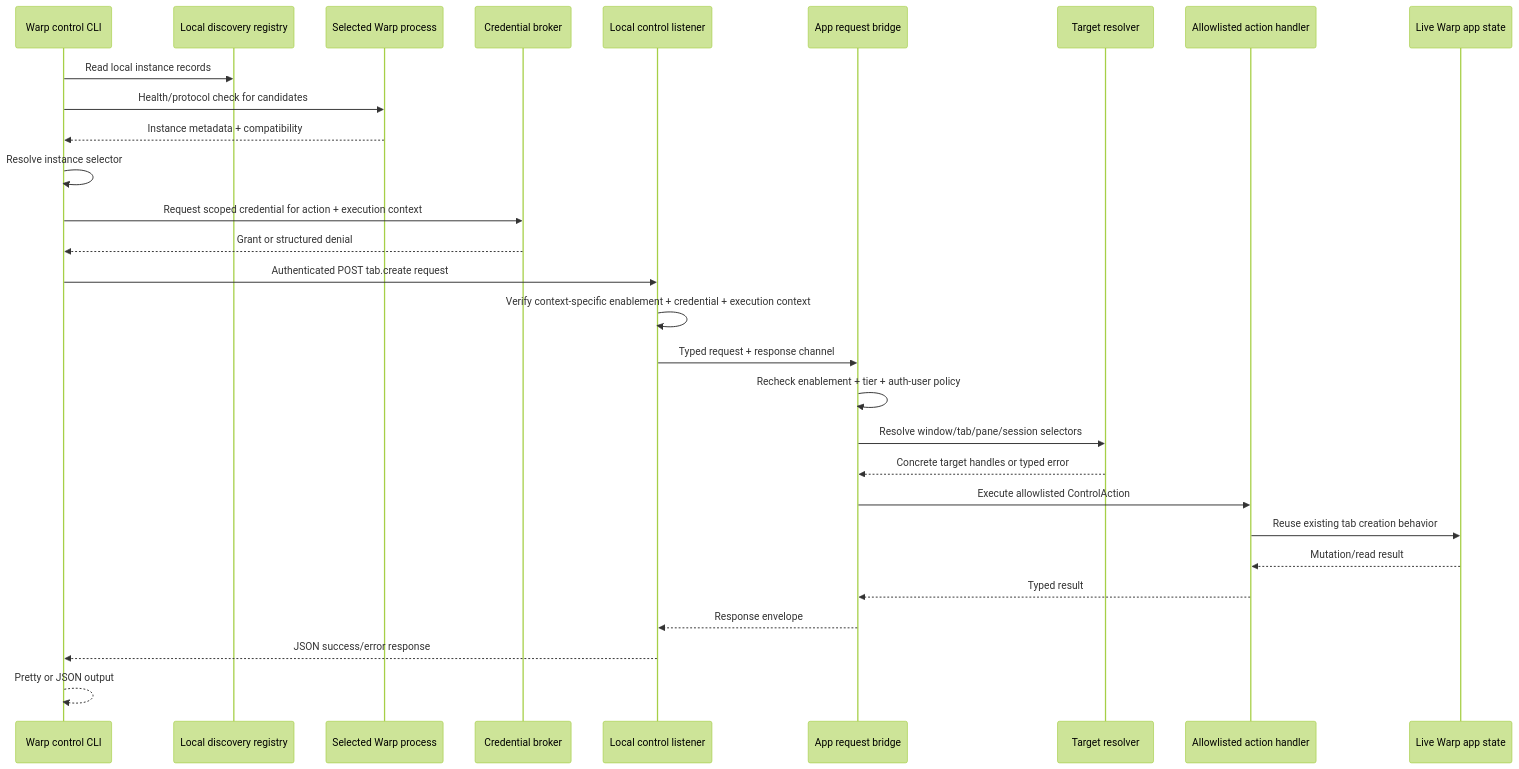
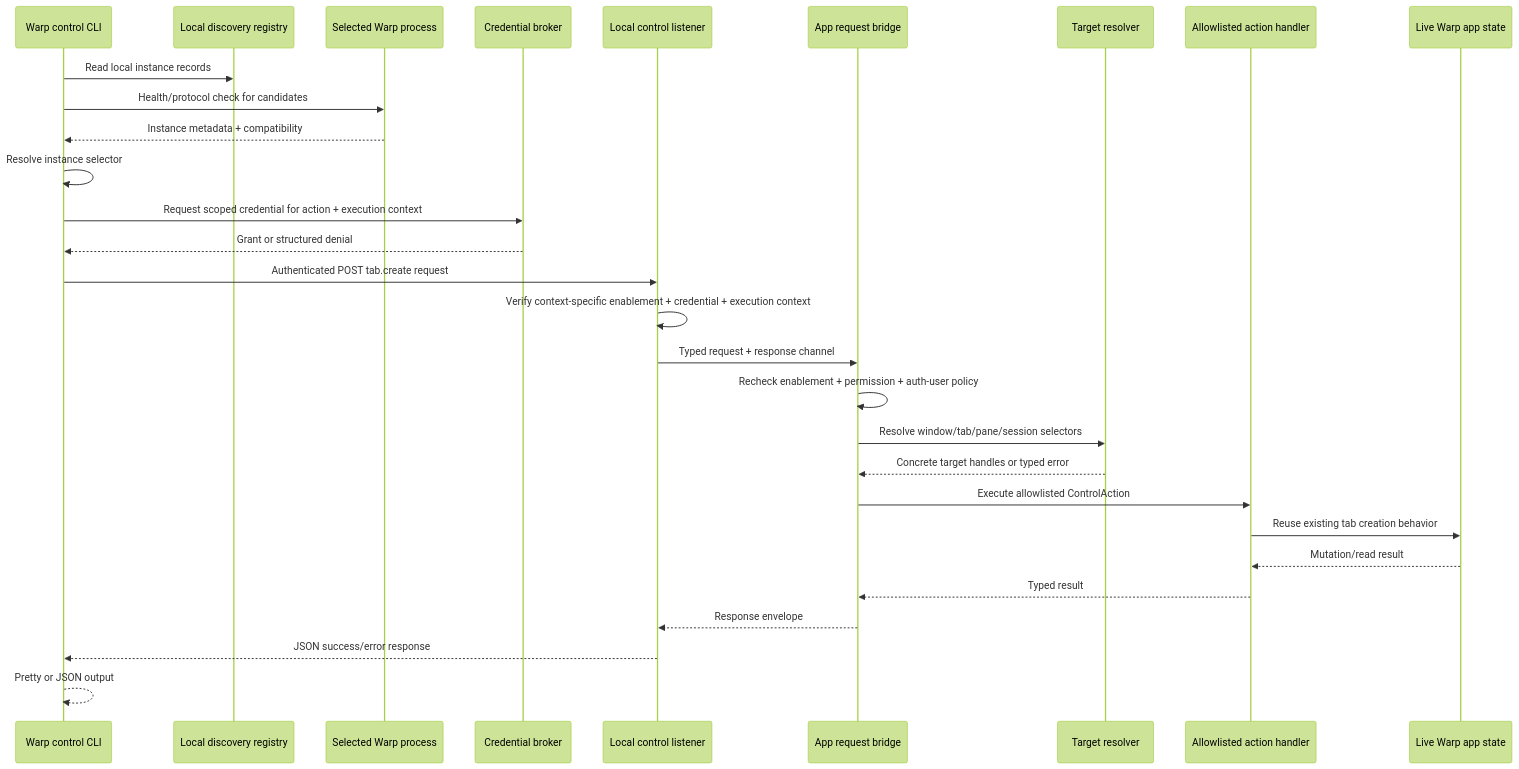
The first of 2 diagrams in specs/warp-control-cli/TECH.md (vampik33/warp), drawn with Mermaid (forest theme) before and after one commit. The commit also changed other lines of this file and 2 other files, not shown here.

Commit message:
Update warpctrl permission taxonomy specs

````diff
--- a/specs/warp-control-cli/TECH.md
+++ b/specs/warp-control-cli/TECH.md
@@ -275,32 +349,32 @@
 ```mermaid
 sequenceDiagram
     participant CLI as Warp control CLI
     participant REG as Local discovery registry
     participant PROC as Selected Warp process
     participant BROKER as Credential broker
     participant HTTP as Local control listener
     participant BRIDGE as App request bridge
     participant RES as Target resolver
     participant ACT as Allowlisted action handler
     participant UI as Live Warp app state
 
     CLI->>REG: Read local instance records
     CLI->>PROC: Health/protocol check for candidates
     PROC-->>CLI: Instance metadata + compatibility
     CLI->>CLI: Resolve instance selector
     CLI->>BROKER: Request scoped credential for action + execution context
     BROKER-->>CLI: Grant or structured denial
     CLI->>HTTP: Authenticated POST tab.create request
     HTTP->>HTTP: Verify context-specific enablement + credential + execution context
     HTTP->>BRIDGE: Typed request + response channel
-    BRIDGE->>BRIDGE: Recheck enablement + tier + auth-user policy
+    BRIDGE->>BRIDGE: Recheck enablement + permission + auth-user policy
     BRIDGE->>RES: Resolve window/tab/pane/session selectors
     RES-->>BRIDGE: Concrete target handles or typed error
     BRIDGE->>ACT: Execute allowlisted ControlAction
     ACT->>UI: Reuse existing tab creation behavior
     UI-->>ACT: Mutation/read result
     ACT-->>BRIDGE: Typed result
     BRIDGE-->>HTTP: Response envelope
     HTTP-->>CLI: JSON success/error response
     CLI-->>CLI: Pretty or JSON output
 ```
````
